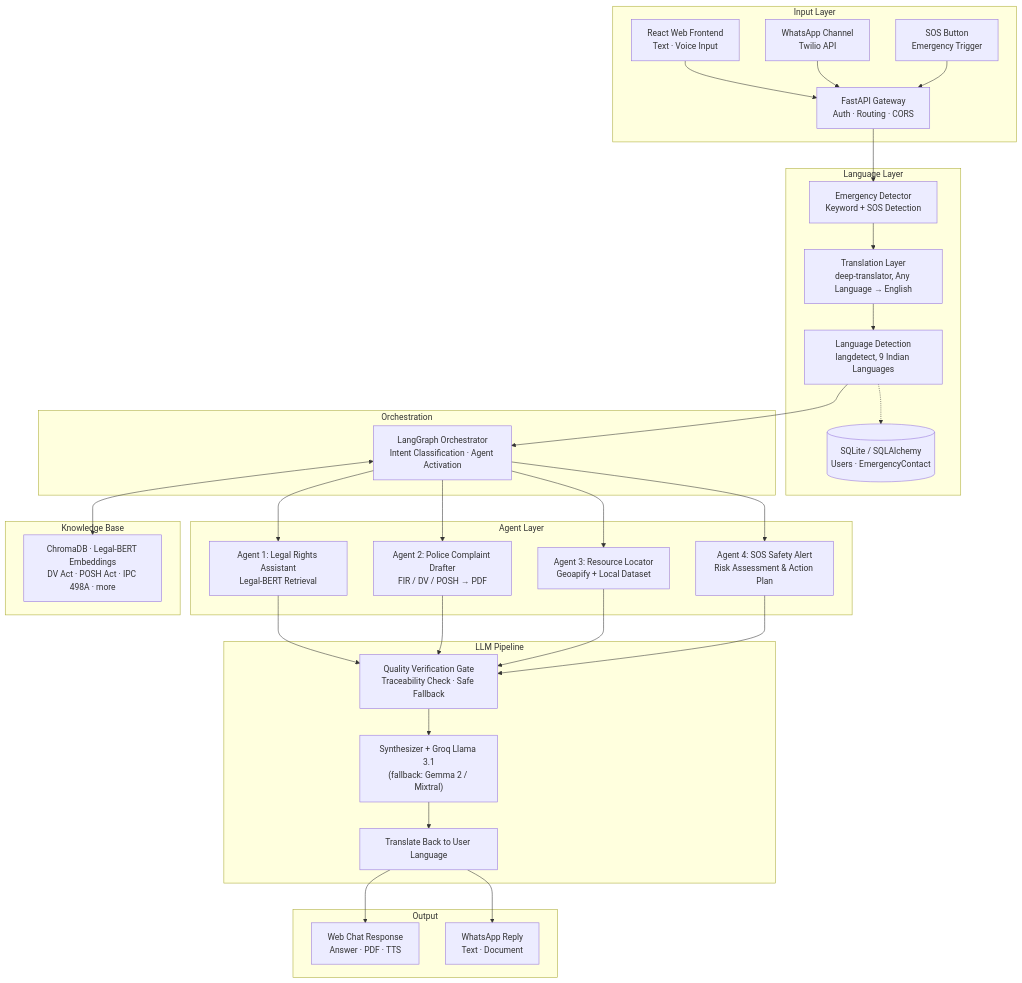
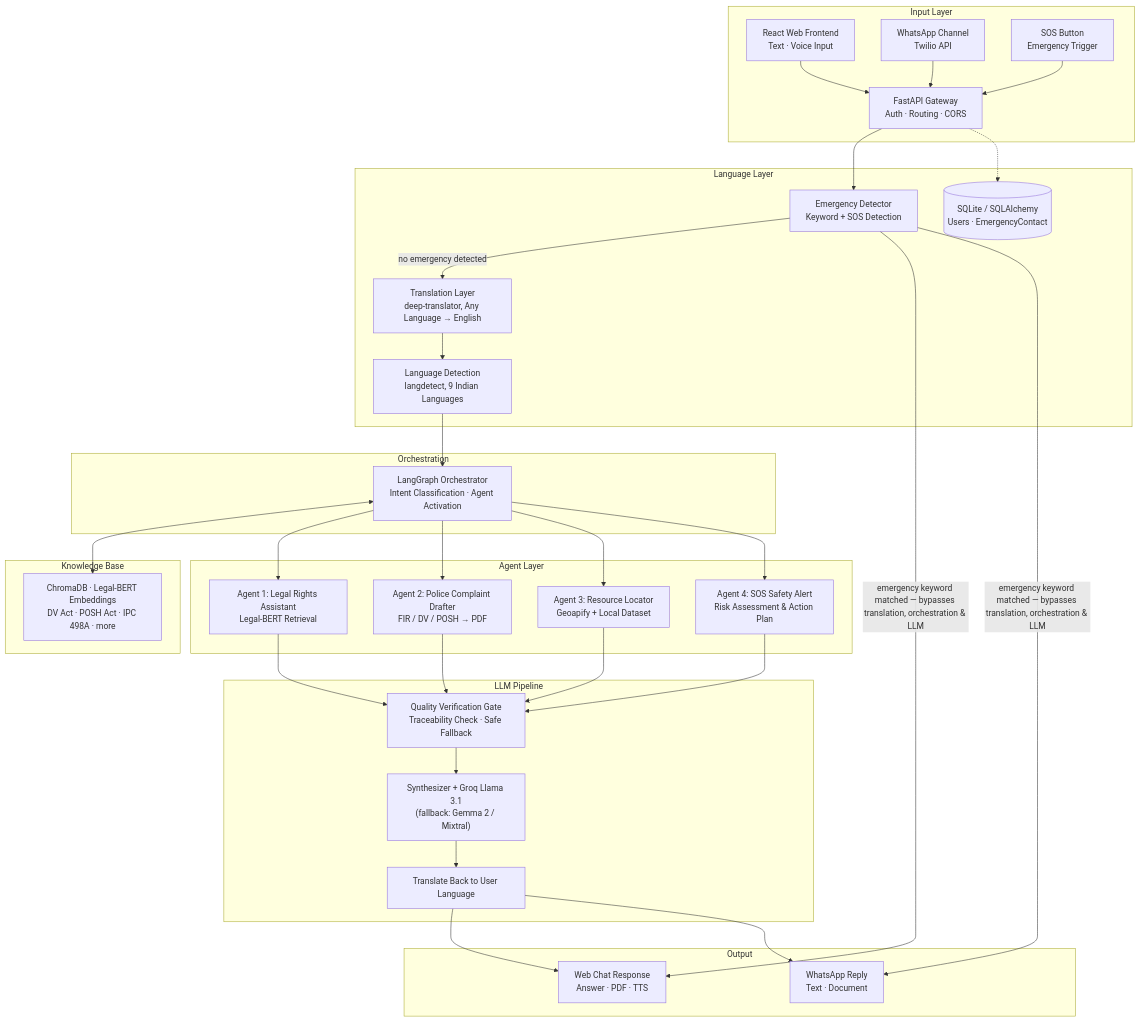
Before and after one commit to srijonsen29/sakhibot: the diagram in README.md, drawn with Mermaid. The commit also changed other lines of this file, not shown here.

Commit message:
fix: show emergency bypass path and correct DB connection in architecture diagram

````diff
--- a/README.md
+++ b/README.md
@@ -56,49 +56,50 @@
 ```mermaid
 flowchart TB
     subgraph INPUT["Input Layer"]
         A1["React Web Frontend<br/>Text · Voice Input"]
         A2["WhatsApp Channel<br/>Twilio API"]
         A3["SOS Button<br/>Emergency Trigger"]
         A4["FastAPI Gateway<br/>Auth · Routing · CORS"]
     end
 
     subgraph LANG["Language Layer"]
         B1["Emergency Detector<br/>Keyword + SOS Detection"]
         B2["Translation Layer<br/>deep-translator, Any Language → English"]
         B3["Language Detection<br/>langdetect, 9 Indian Languages"]
         B4[("SQLite / SQLAlchemy<br/>Users · EmergencyContact")]
     end
 
     subgraph ORCH["Orchestration"]
         C1["LangGraph Orchestrator<br/>Intent Classification · Agent Activation"]
     end
 
     subgraph AGENTS["Agent Layer"]
         D1["Agent 1: Legal Rights Assistant<br/>Legal-BERT Retrieval"]
         D2["Agent 2: Police Complaint Drafter<br/>FIR / DV / POSH → PDF"]
         D3["Agent 3: Resource Locator<br/>Geoapify + Local Dataset"]
         D4["Agent 4: SOS Safety Alert<br/>Risk Assessment & Action Plan"]
     end
 
     subgraph KB["Knowledge Base"]
         E1["ChromaDB · Legal-BERT Embeddings<br/>DV Act · POSH Act · IPC 498A · more"]
     end
 
     subgraph LLM["LLM Pipeline"]
         F1["Quality Verification Gate<br/>Traceability Check · Safe Fallback"]
         F2["Synthesizer + Groq Llama 3.1<br/>(fallback: Gemma 2 / Mixtral)"]
         F3["Translate Back to User Language"]
     end
 
     subgraph OUTPUT["Output"]
         G1["Web Chat Response<br/>Answer · PDF · TTS"]
         G2["WhatsApp Reply<br/>Text · Document"]
     end
 
     A1 & A2 & A3 --> A4 --> B1
-    B1 --> B2 --> B3 --> C1
+    B1 -- "no emergency detected" --> B2 --> B3 --> C1
+    B1 -- "emergency keyword matched — bypasses translation, orchestration & LLM" --> G1 & G2
     C1 <--> E1
     C1 --> D1 & D2 & D3 & D4
     D1 & D2 & D3 & D4 --> F1 --> F2 --> F3 --> G1 & G2
-    B3 -.-> B4
+    A4 -.-> B4
 ```
````
